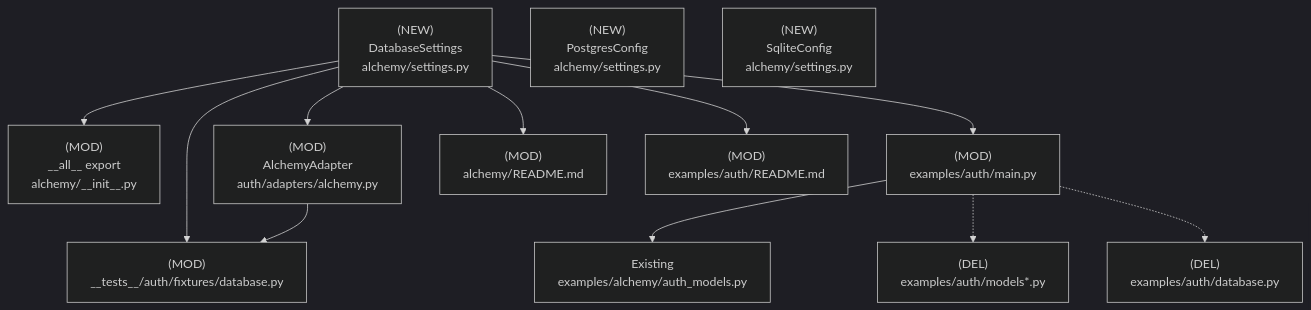
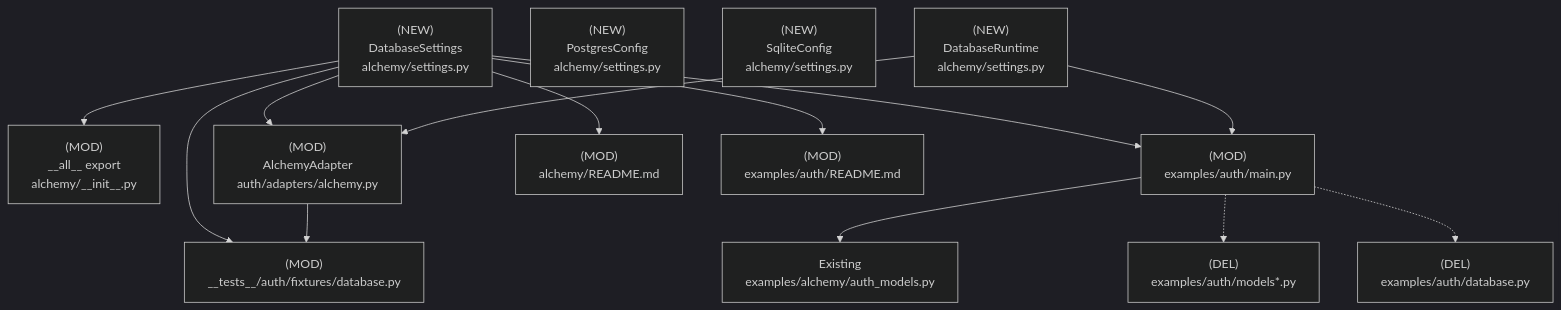
One commit to mplemay/belgie changed the fourth of 4 diagrams in design/005-database-settings.md. Above: the diagram before and after it, drawn with Mermaid (dark theme). The commit also changed other lines of this file, not shown here.

````diff
--- a/design/005-database-settings.md
+++ b/design/005-database-settings.md
@@ -112,26 +111,28 @@
 ```mermaid
 graph TD
     DatabaseSettings["(NEW)<br/>DatabaseSettings<br/>alchemy/settings.py"]
     PostgresConfig["(NEW)<br/>PostgresConfig<br/>alchemy/settings.py"]
     SqliteConfig["(NEW)<br/>SqliteConfig<br/>alchemy/settings.py"]
     AlchemyInit["(MOD)<br/>__all__ export<br/>alchemy/__init__.py"]
     AlchemyAdapter["(MOD)<br/>AlchemyAdapter<br/>auth/adapters/alchemy.py"]
     ExampleAuth["(MOD)<br/>examples/auth/main.py"]
     ExampleModels["(DEL)<br/>examples/auth/models*.py"]
     ExampleDatabase["(DEL)<br/>examples/auth/database.py"]
     ExampleAuthModels["Existing<br/>examples/alchemy/auth_models.py"]
     TestFixtures["(MOD)<br/>__tests__/auth/fixtures/database.py"]
     DocsAlchemy["(MOD)<br/>alchemy/README.md"]
     DocsExample["(MOD)<br/>examples/auth/README.md"]
 
     DatabaseSettings --> AlchemyInit
     DatabaseSettings --> AlchemyAdapter
+    DatabaseRuntime["(NEW)<br/>DatabaseRuntime<br/>alchemy/settings.py"] --> AlchemyAdapter
     DatabaseSettings --> ExampleAuth
+    DatabaseRuntime --> ExampleAuth
     DatabaseSettings --> TestFixtures
     ExampleAuth --> ExampleAuthModels
     ExampleAuth -.-> ExampleModels
     ExampleAuth -.-> ExampleDatabase
     AlchemyAdapter --> TestFixtures
     DatabaseSettings --> DocsAlchemy
     DatabaseSettings --> DocsExample
 ```
````
